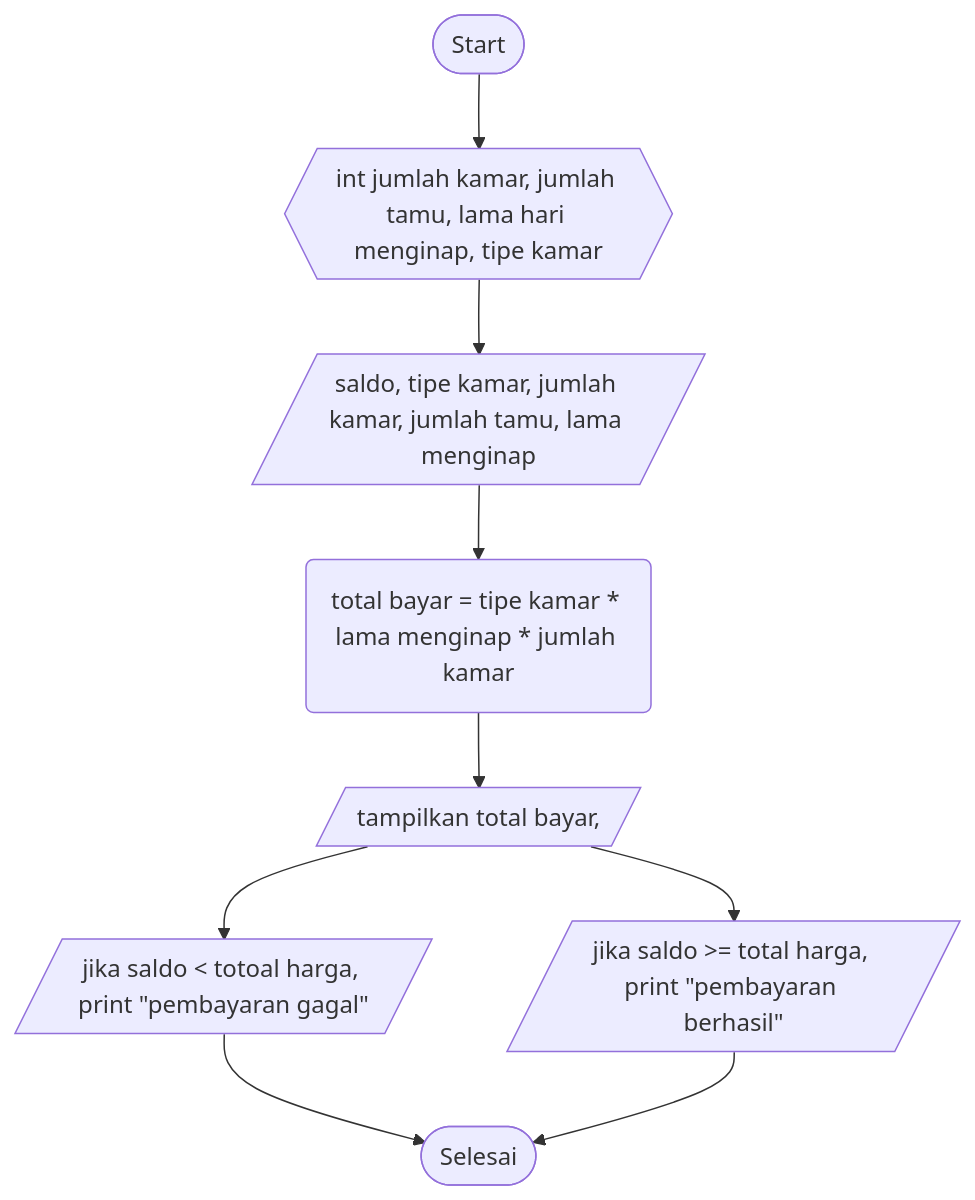
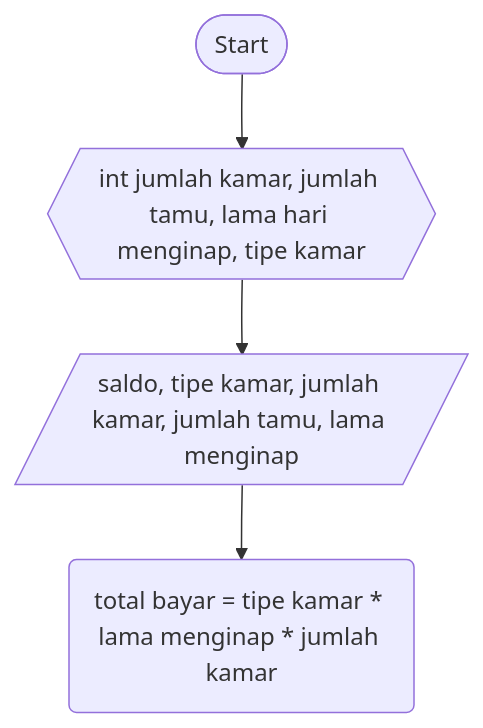
Before and after one commit to SATRIODIANNUGROHO/Sample2.1: the diagram in BookingRuangan.md, drawn with Mermaid.

````diff
--- a/BookingRuangan.md
+++ b/BookingRuangan.md
@@ -1,11 +1,7 @@
 ```mermaid
 flowchart TD;
     A([Start])-->B{{int jumlah kamar, jumlah tamu, lama hari menginap, tipe kamar}};
     B{{int jumlah kamar, jumlah tamu, lama hari menginap, tipe kamar}}-->C[/saldo, tipe kamar, jumlah kamar, jumlah tamu, lama menginap/];
     C[/saldo, tipe kamar, jumlah kamar, jumlah tamu, lama menginap/]-->D(total bayar = tipe kamar * lama menginap * jumlah kamar);
-    D(total bayar = tipe kamar * lama menginap * jumlah kamar)-->E[/tampilkan total bayar,/];
-    E[/tampilkan total bayar,/]-->F[/jika saldo < totoal harga, print "pembayaran gagal"/];
-    E[/tampilkan total bayar,/]-->G[/jika saldo >= total harga, print "pembayaran berhasil"/];
-    F[/jika saldo < totoal harga, print "pembayaran gagal"/]-->H([Selesai]);
-    G[/jika saldo >= total harga, print "pembayaran berhasil"/]-->H([Selesai]);
+
 ```
````
